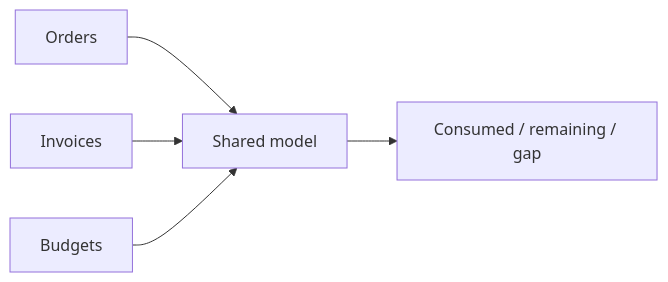
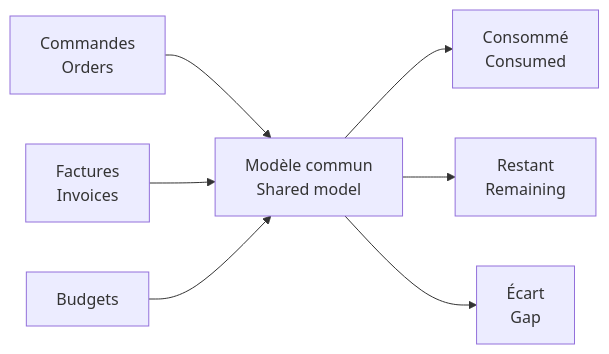
The first of 2 diagrams in powerbi-p2-consumables-financial-monitoring/README.md (jeffersonkuku/powerbi-portfolio-projects), drawn with Mermaid before and after one commit. The commit also changed other lines of this file and 4 other files, not shown here.

````diff
--- a/powerbi-p2-consumables-financial-monitoring/README.md
+++ b/powerbi-p2-consumables-financial-monitoring/README.md
@@ -15,7 +16,9 @@
 ```mermaid
 flowchart LR
-    A[Orders] --> D[Shared model]
-    B[Invoices] --> D
+    A[Commandes<br/>Orders] --> D[Modèle commun<br/>Shared model]
+    B[Factures<br/>Invoices] --> D
     C[Budgets] --> D
-    D --> E[Consumed / remaining / gap]
+    D --> E[Consommé<br/>Consumed]
+    D --> F[Restant<br/>Remaining]
+    D --> G[Écart<br/>Gap]
 ```
````
